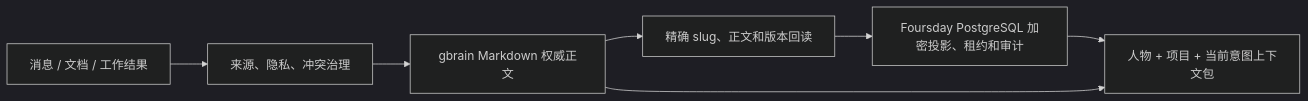
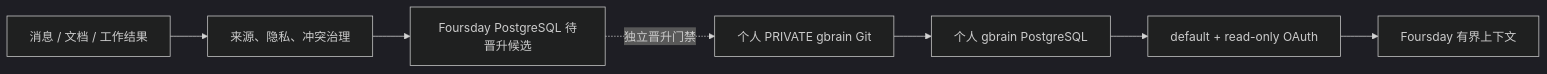
One commit to ruiwang20010702/ai-employee changed the fifth of 7 diagrams in docs/技术设计文档.md. Above: the diagram before and after it, drawn with Mermaid (dark theme). The commit also changed other lines of this file and 36 other files, not shown here.

````diff
--- a/docs/技术设计文档.md
+++ b/docs/技术设计文档.md
@@ -452,9 +452,9 @@
 ```mermaid
 flowchart LR
+    GIT["个人 PRIVATE gbrain Git"] --> INDEX["个人 gbrain PostgreSQL"]
+    INDEX --> MCP["default + read-only OAuth"]
+    MCP --> CONTEXT["Foursday 有界上下文"]
     SOURCE["消息 / 文档 / 工作结果"] --> GOVERN["来源、隐私、冲突治理"]
-    GOVERN --> GB["gbrain Markdown 权威正文"]
-    GB --> READBACK["精确 slug、正文和版本回读"]
-    READBACK --> PG["Foursday PostgreSQL 加密投影、租约和审计"]
-    PG --> CONTEXT["人物 + 项目 + 当前意图上下文包"]
-    GB --> CONTEXT
+    GOVERN --> PG["Foursday PostgreSQL 待晋升候选"]
+    PG -. "独立晋升门禁" .-> GIT
 ```
````
